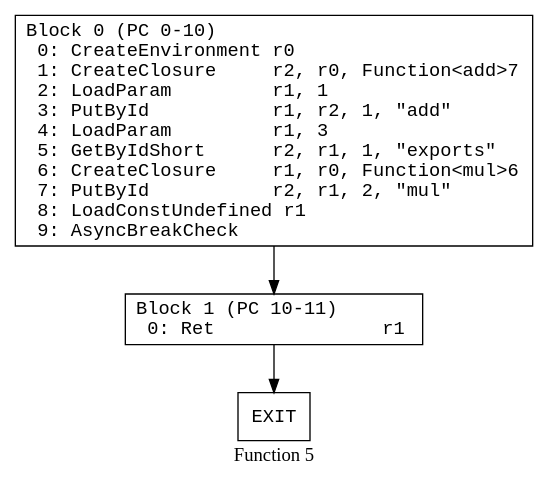
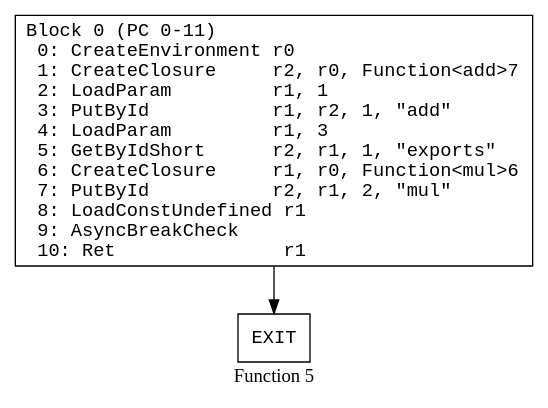
Before and after one commit to kroo/hermes-dec-rs: the diagram in data/individual_pdfs/cjs-show-source_function_5.dot, drawn with Graphviz. The commit also changed 116 other files, not shown here.

```diff
--- a/data/individual_pdfs/cjs-show-source_function_5.dot
+++ b/data/individual_pdfs/cjs-show-source_function_5.dot
@@ -1,18 +1,16 @@
 // Function 5 from cjs-show-source
 // Generated from data/cjs-show-source.dot
 
 digraph {
   rankdir=TB;
   node [shape=box, fontname="monospace"];
 
   label = "Function 5";
   style = filled;
   color = lightgrey;
 
-  f5_n0 [ label = "Block 0 (PC 0-10)\l  0: CreateEnvironment r0\l  1: CreateClosure     r2, r0, Function<add>7\l  2: LoadParam         r1, 1\l  3: PutById           r1, r2, 1, \"add\"\l  4: LoadParam         r1, 3\l  5: GetByIdShort      r2, r1, 1, \"exports\"\l  6: CreateClosure     r1, r0, Function<mul>6\l  7: PutById           r2, r1, 2, \"mul\"\l  8: LoadConstUndefined r1\l  9: AsyncBreakCheck   \l" ]
-  f5_n1 [ label = "Block 1 (PC 10-11)\l  0: Ret               r1\l" ]
-  f5_n2 [ label = "EXIT" ]
+  f5_n0 [ label = "Block 0 (PC 0-11)\l  0: CreateEnvironment r0\l  1: CreateClosure     r2, r0, Function<add>7\l  2: LoadParam         r1, 1\l  3: PutById           r1, r2, 1, \"add\"\l  4: LoadParam         r1, 3\l  5: GetByIdShort      r2, r1, 1, \"exports\"\l  6: CreateClosure     r1, r0, Function<mul>6\l  7: PutById           r2, r1, 2, \"mul\"\l  8: LoadConstUndefined r1\l  9: AsyncBreakCheck   \l  10: Ret               r1\l" ]
+  f5_n1 [ label = "EXIT" ]
 
   f5_n0 -> f5_n1
-  f5_n1 -> f5_n2
 }
```
